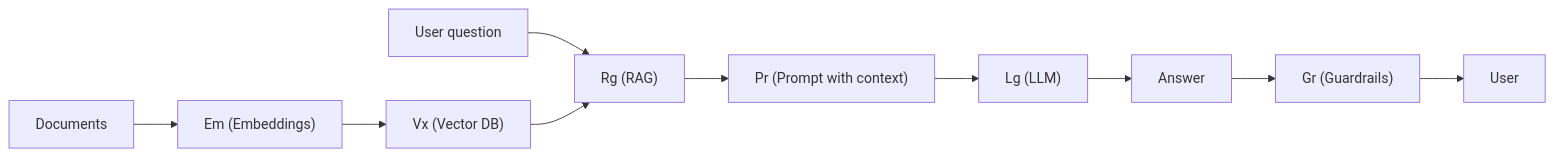
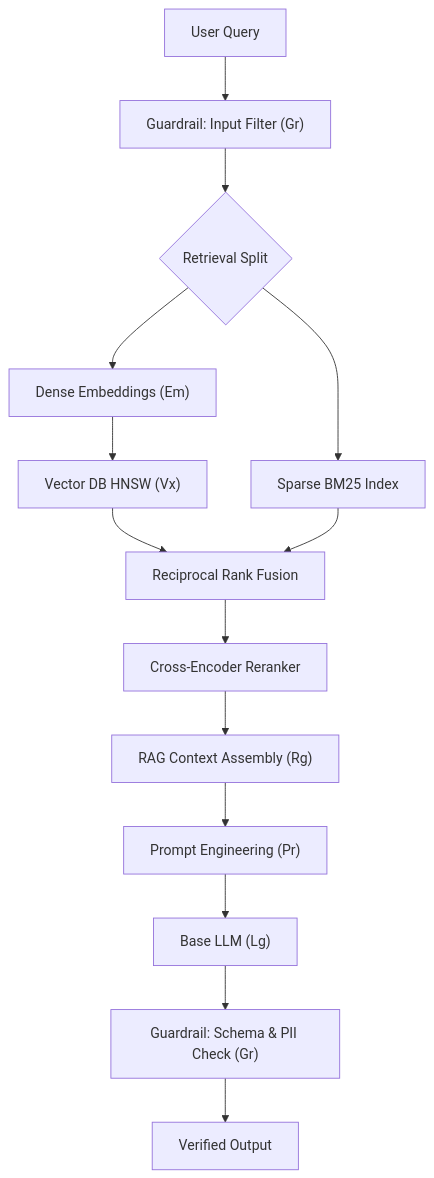
One commit to rsrini7/Learnings changed the third of 6 diagrams in AI-ML/LLMs/economy/AI-Periodic-Table.md. Above: the diagram before and after it, drawn with Mermaid. The commit also changed other lines of this file and 51 other files, not shown here.

````diff
--- a/AI-ML/LLMs/economy/AI-Periodic-Table.md
+++ b/AI-ML/LLMs/economy/AI-Periodic-Table.md
@@ -143,12 +92,16 @@
 ```mermaid
-flowchart LR
-    D[Documents] --> Em["Em (Embeddings)"]
-    Em --> Vx["Vx (Vector DB)"]
-    Q[User question] --> Rg["Rg (RAG)"]
-    Vx --> Rg
-    Rg --> Pr["Pr (Prompt with context)"]
-    Pr --> Lg["Lg (LLM)"]
-    Lg --> A[Answer]
-    A --> Gr["Gr (Guardrails)"]
-    Gr --> U[User]
+flowchart TD
+    UserQ["User Query"] --> GrIn["Guardrail: Input Filter (Gr)"]
+    GrIn --> Split{"Retrieval Split"}
+    Split --> Dense["Dense Embeddings (Em)"]
+    Split --> Sparse["Sparse BM25 Index"]
+    Dense --> VxSearch["Vector DB HNSW (Vx)"]
+    VxSearch --> RRF["Reciprocal Rank Fusion"]
+    Sparse --> RRF
+    RRF --> Rerank["Cross-Encoder Reranker"]
+    Rerank --> RgEngine["RAG Context Assembly (Rg)"]
+    RgEngine --> PromptAug["Prompt Engineering (Pr)"]
+    PromptAug --> LLM["Base LLM (Lg)"]
+    LLM --> GrOut["Guardrail: Schema & PII Check (Gr)"]
+    GrOut --> Response["Verified Output"]
 ```
````
